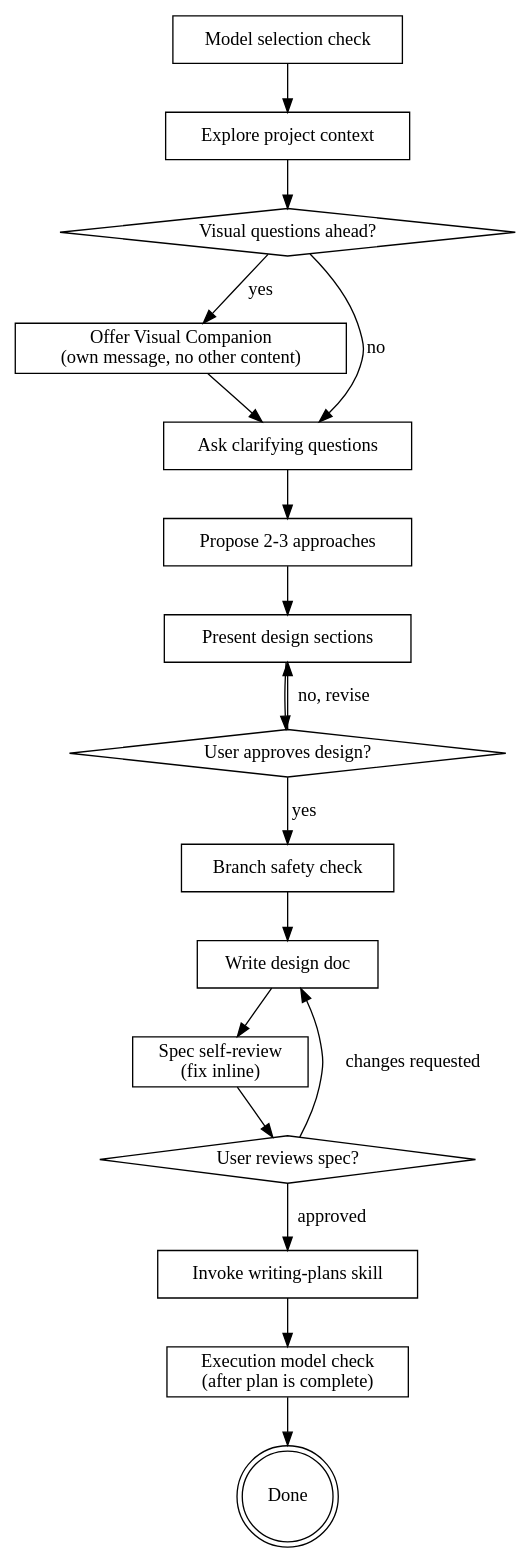
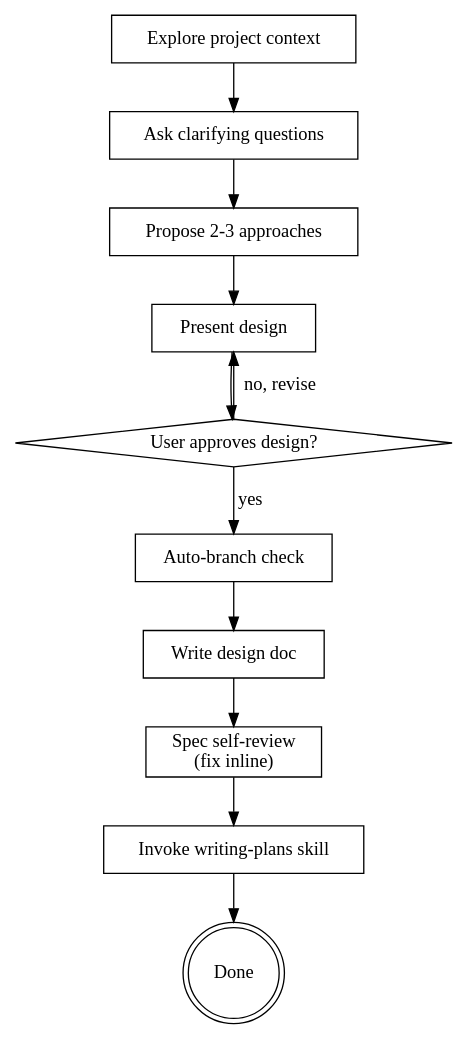
One commit to pinedance/AGENTS changed the diagram in skills/brainstorming/SKILL.md. Above: the diagram before and after it, drawn with Graphviz. The commit also changed other lines of this file and 9 other files, not shown here.

````diff
--- a/skills/brainstorming/SKILL.md
+++ b/skills/brainstorming/SKILL.md
@@ -40,37 +37,25 @@
 ```dot
 digraph brainstorming {
-    "Model selection check" [shape=box];
     "Explore project context" [shape=box];
-    "Visual questions ahead?" [shape=diamond];
-    "Offer Visual Companion\n(own message, no other content)" [shape=box];
     "Ask clarifying questions" [shape=box];
     "Propose 2-3 approaches" [shape=box];
-    "Present design sections" [shape=box];
+    "Present design" [shape=box];
     "User approves design?" [shape=diamond];
-    "Branch safety check" [shape=box];
+    "Auto-branch check" [shape=box];
     "Write design doc" [shape=box];
     "Spec self-review\n(fix inline)" [shape=box];
-    "User reviews spec?" [shape=diamond];
     "Invoke writing-plans skill" [shape=box];
-    "Execution model check\n(after plan is complete)" [shape=box];
     "Done" [shape=doublecircle];
 
-    "Model selection check" -> "Explore project context";
-    "Explore project context" -> "Visual questions ahead?";
-    "Visual questions ahead?" -> "Offer Visual Companion\n(own message, no other content)" [label="yes"];
-    "Visual questions ahead?" -> "Ask clarifying questions" [label="no"];
-    "Offer Visual Companion\n(own message, no other content)" -> "Ask clarifying questions";
+    "Explore project context" -> "Ask clarifying questions";
     "Ask clarifying questions" -> "Propose 2-3 approaches";
-    "Propose 2-3 approaches" -> "Present design sections";
-    "Present design sections" -> "User approves design?";
-    "User approves design?" -> "Present design sections" [label="no, revise"];
-    "User approves design?" -> "Branch safety check" [label="yes"];
-    "Branch safety check" -> "Write design doc";
+    "Propose 2-3 approaches" -> "Present design";
+    "Present design" -> "User approves design?";
+    "User approves design?" -> "Present design" [label="no, revise"];
+    "User approves design?" -> "Auto-branch check" [label="yes"];
+    "Auto-branch check" -> "Write design doc";
     "Write design doc" -> "Spec self-review\n(fix inline)";
-    "Spec self-review\n(fix inline)" -> "User reviews spec?";
-    "User reviews spec?" -> "Write design doc" [label="changes requested"];
-    "User reviews spec?" -> "Invoke writing-plans skill" [label="approved"];
-    "Invoke writing-plans skill" -> "Execution model check\n(after plan is complete)";
-    "Execution model check\n(after plan is complete)" -> "Done";
+    "Spec self-review\n(fix inline)" -> "Invoke writing-plans skill";
+    "Invoke writing-plans skill" -> "Done";
 }
 ```
````
